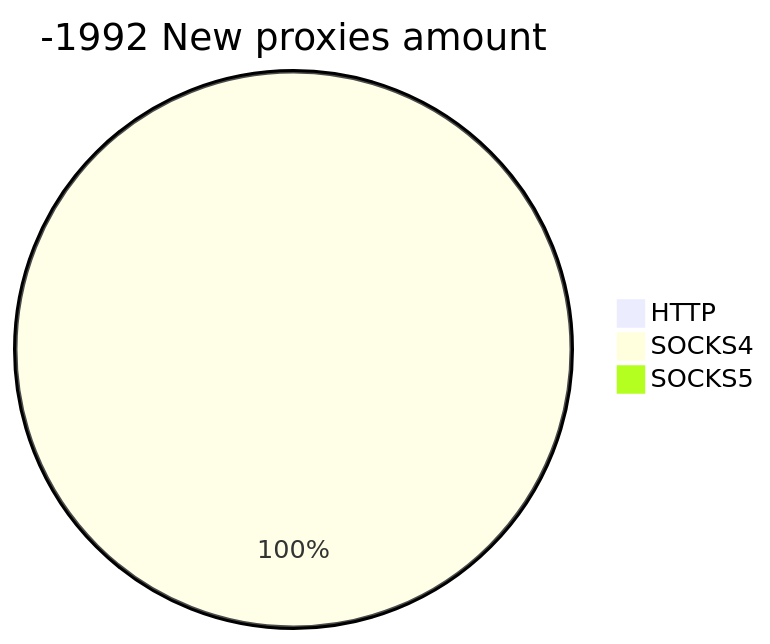
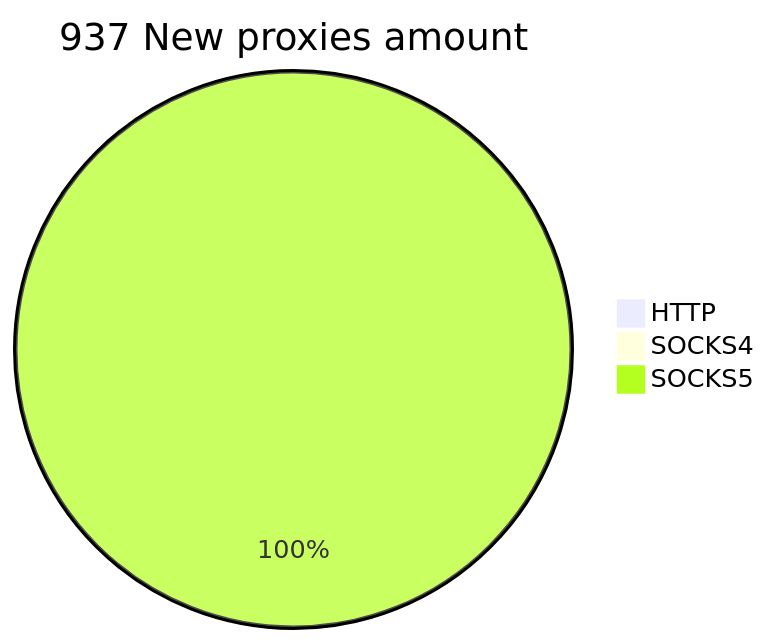
Before and after one commit to cutipu/proxylist: the second of 2 diagrams in README.md, drawn with Mermaid. The commit also changed other lines of this file, not shown here.

````diff
--- a/README.md
+++ b/README.md
@@ -10,6 +10,6 @@
 ```mermaid
-pie title -1992 New proxies amount
+pie title 937 New proxies amount
     "HTTP" : 0
-    "SOCKS4" : 2
-    "SOCKS5" : 0
+    "SOCKS4" : 0
+    "SOCKS5" : 1970
 ```
````
